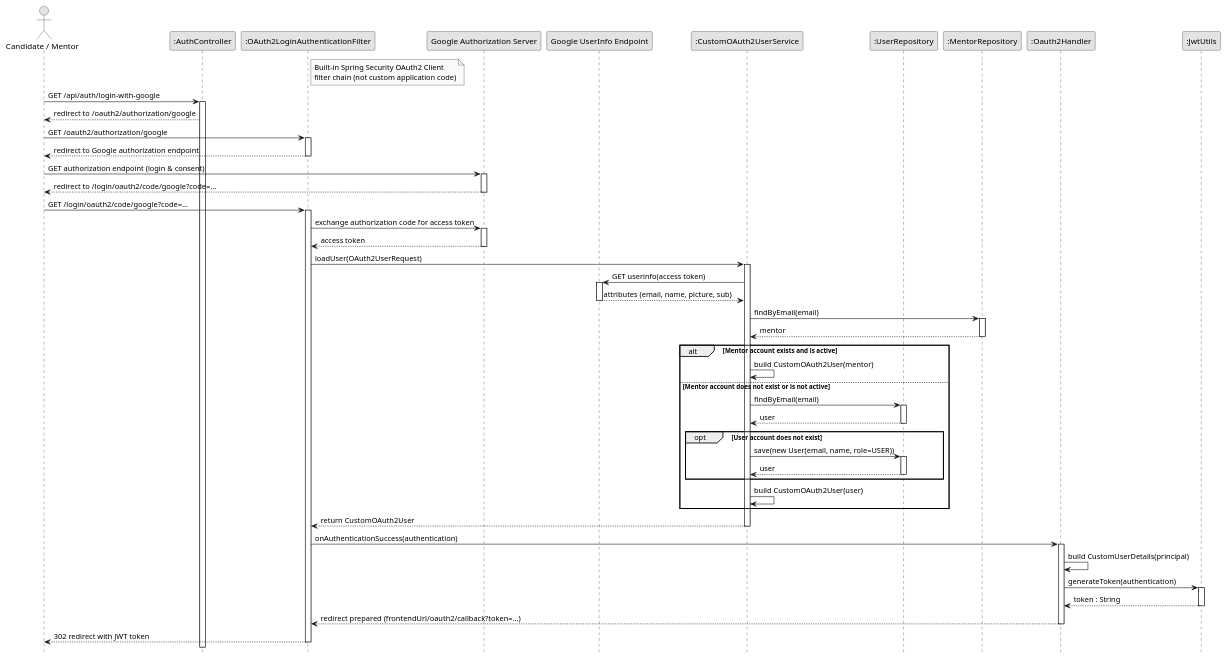
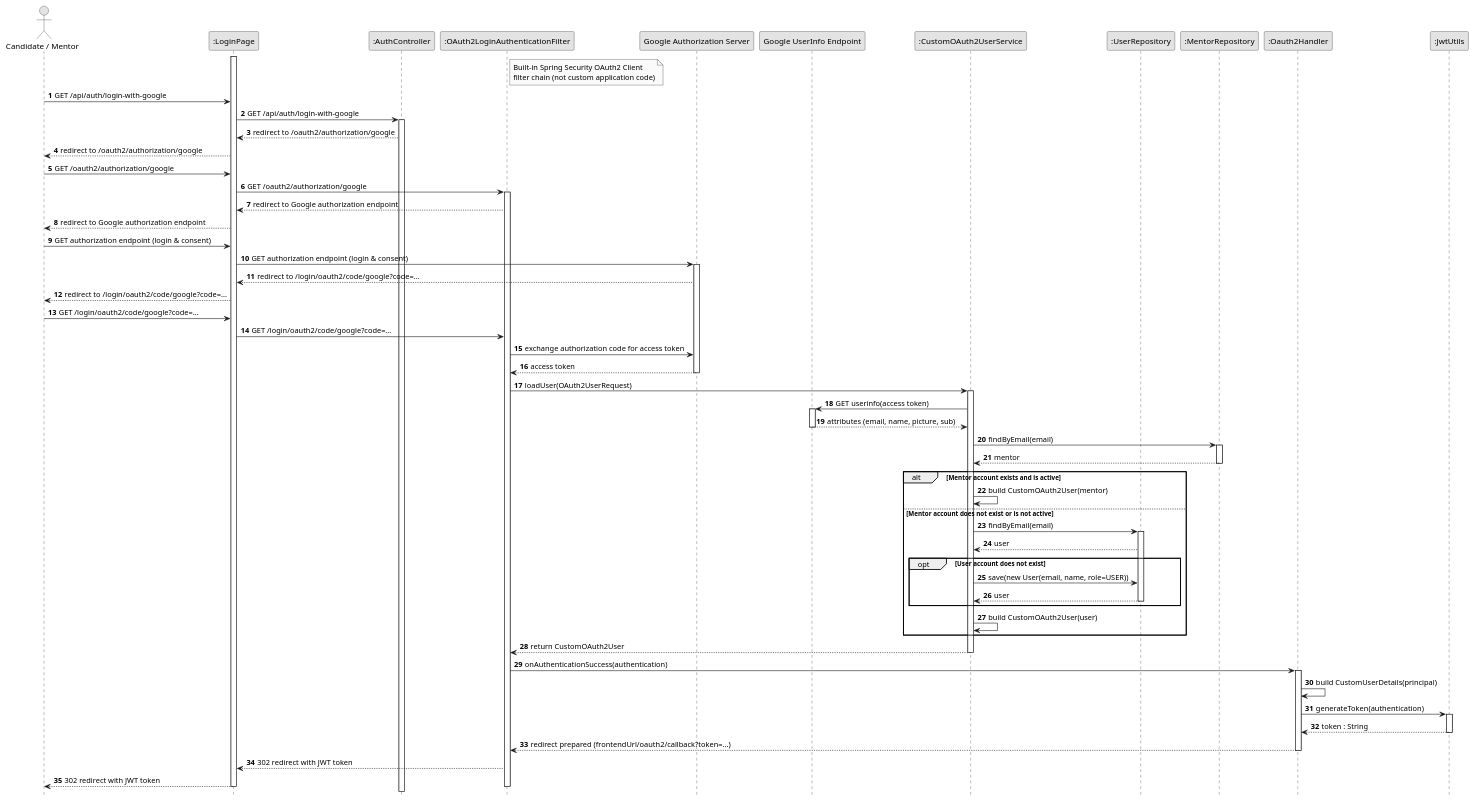
Before and after one commit to Kdz198/Inblue: the diagram in diagram/sequence/sequence-3.1.2.2.puml, drawn with PlantUML. The commit also changed 35 other files, not shown here.

Commit message:
feat: update sequence diagrams to include client interactions and improve clarity

```diff
--- a/diagram/sequence/sequence-3.1.2.2.puml
+++ b/diagram/sequence/sequence-3.1.2.2.puml
@@ -1,104 +1,113 @@
 @startuml GoogleOAuth2Login
 skinparam monochrome true
 skinparam shadowing false
 
 ' Do not repeat participant boxes at the bottom of the diagram
 hide footbox
 
 <style>
 sequenceDiagram {
   groupHeader {
     FontStyle plain
   }
 }
 </style>
 
+autonumber
+
 actor "Candidate / Mentor" as User
+participant ":LoginPage" as Client
 participant ":AuthController" as Controller
 participant ":OAuth2LoginAuthenticationFilter" as OAuthFilter
 participant "Google Authorization Server" as GoogleAuth
 participant "Google UserInfo Endpoint" as GoogleUserInfo
 participant ":CustomOAuth2UserService" as OAuthService
 participant ":UserRepository" as UserRepo
 participant ":MentorRepository" as MentorRepo
 participant ":Oauth2Handler" as Handler
 participant ":JwtUtils" as Jwt
 
 note right of OAuthFilter
   Built-in Spring Security OAuth2 Client
   filter chain (not custom application code)
 end note
 
-User -> Controller : GET /api/auth/login-with-google
+activate Client
+
+User -> Client : GET /api/auth/login-with-google
+Client -> Controller : GET /api/auth/login-with-google
 activate Controller
-Controller --> User : redirect to /oauth2/authorization/google
+Controller --> Client : redirect to /oauth2/authorization/google
+Client --> User : redirect to /oauth2/authorization/google
 
-User -> OAuthFilter : GET /oauth2/authorization/google
+User -> Client : GET /oauth2/authorization/google
+Client -> OAuthFilter : GET /oauth2/authorization/google
 activate OAuthFilter
-OAuthFilter --> User : redirect to Google authorization endpoint
-deactivate OAuthFilter
+OAuthFilter --> Client : redirect to Google authorization endpoint
+Client --> User : redirect to Google authorization endpoint
 
-User -> GoogleAuth : GET authorization endpoint (login & consent)
+User -> Client : GET authorization endpoint (login & consent)
+Client -> GoogleAuth : GET authorization endpoint (login & consent)
 activate GoogleAuth
-GoogleAuth --> User : redirect to /login/oauth2/code/google?code=...
-deactivate GoogleAuth
+GoogleAuth --> Client : redirect to /login/oauth2/code/google?code=...
+Client --> User : redirect to /login/oauth2/code/google?code=...
 
-User -> OAuthFilter : GET /login/oauth2/code/google?code=...
-activate OAuthFilter
+User -> Client : GET /login/oauth2/code/google?code=...
+Client -> OAuthFilter : GET /login/oauth2/code/google?code=...
 
 OAuthFilter -> GoogleAuth : exchange authorization code for access token
-activate GoogleAuth
 GoogleAuth --> OAuthFilter : access token
 deactivate GoogleAuth
 
 OAuthFilter -> OAuthService : loadUser(OAuth2UserRequest)
 activate OAuthService
 
 OAuthService -> GoogleUserInfo : GET userinfo(access token)
 activate GoogleUserInfo
 GoogleUserInfo --> OAuthService : attributes (email, name, picture, sub)
 deactivate GoogleUserInfo
 
 OAuthService -> MentorRepo : findByEmail(email)
 activate MentorRepo
 MentorRepo --> OAuthService : mentor
 deactivate MentorRepo
 
 alt Mentor account exists and is active
     OAuthService -> OAuthService : build CustomOAuth2User(mentor)
 else Mentor account does not exist or is not active
     OAuthService -> UserRepo : findByEmail(email)
     activate UserRepo
     UserRepo --> OAuthService : user
-    deactivate UserRepo
 
     opt User account does not exist
         OAuthService -> UserRepo : save(new User(email, name, role=USER))
-        activate UserRepo
         UserRepo --> OAuthService : user
         deactivate UserRepo
     end
 
     OAuthService -> OAuthService : build CustomOAuth2User(user)
 end
 
 OAuthService --> OAuthFilter : return CustomOAuth2User
 deactivate OAuthService
 
 OAuthFilter -> Handler : onAuthenticationSuccess(authentication)
 activate Handler
 
 Handler -> Handler : build CustomUserDetails(principal)
 
 Handler -> Jwt : generateToken(authentication)
 activate Jwt
 Jwt --> Handler : token : String
 deactivate Jwt
 
 Handler --> OAuthFilter : redirect prepared (frontendUrl/oauth2/callback?token=...)
 deactivate Handler
 
-OAuthFilter --> User : 302 redirect with JWT token
+OAuthFilter --> Client : 302 redirect with JWT token
+Client --> User : 302 redirect with JWT token
 deactivate OAuthFilter
 
+deactivate Client
+
 @enduml
```
